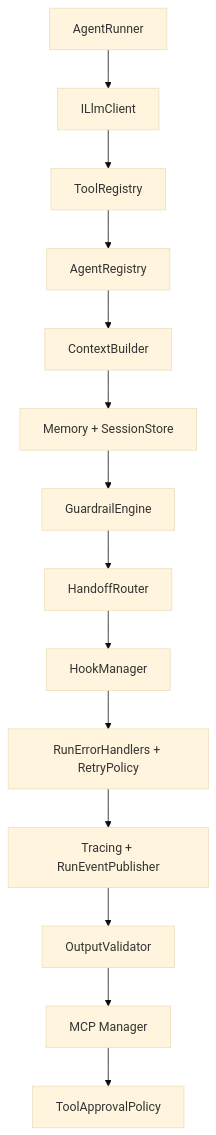
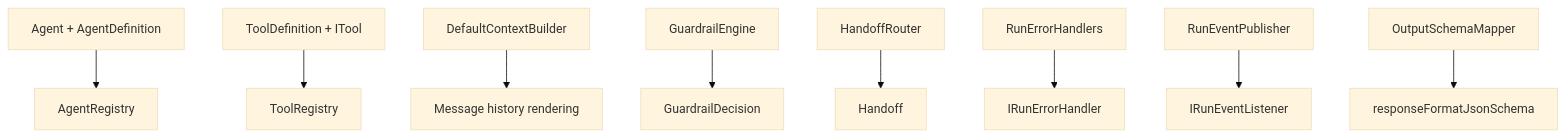
Before and after one commit to D15190304050/gundam-core: the third of 5 diagrams in designs/GUNDAM-core-Architecture.md, drawn with Mermaid (base theme). The commit also changed other lines of this file and 63 other files, not shown here.

Commit message:
Correct architecture doc components to match current runtime types

````diff
--- a/designs/GUNDAM-core-Architecture.md
+++ b/designs/GUNDAM-core-Architecture.md
@@ -95,16 +47,11 @@
 ```mermaid
 graph TD
-    A[AgentRunner] --> B[ILlmClient]
-    B --> C[ToolRegistry]
-    C --> D[AgentRegistry]
-    D --> E[ContextBuilder]
-    E --> F[Memory + SessionStore]
-    F --> G[GuardrailEngine]
-    G --> H[HandoffRouter]
-    H --> I[HookManager]
-    I --> J[RunErrorHandlers + RetryPolicy]
-    J --> K[Tracing + RunEventPublisher]
-    K --> L[OutputValidator]
-    L --> M[MCP Manager]
-    M --> N[ToolApprovalPolicy]
+    A[Agent + AgentDefinition] --> B[AgentRegistry]
+    C[ToolDefinition + ITool] --> D[ToolRegistry]
+    E[DefaultContextBuilder] --> F[Message history rendering]
+    G[GuardrailEngine] --> H[GuardrailDecision]
+    I[HandoffRouter] --> J[Handoff]
+    K[RunErrorHandlers] --> L[IRunErrorHandler]
+    M[RunEventPublisher] --> N[IRunEventListener]
+    O[OutputSchemaMapper] --> P[responseFormatJsonSchema]
 ```
````
